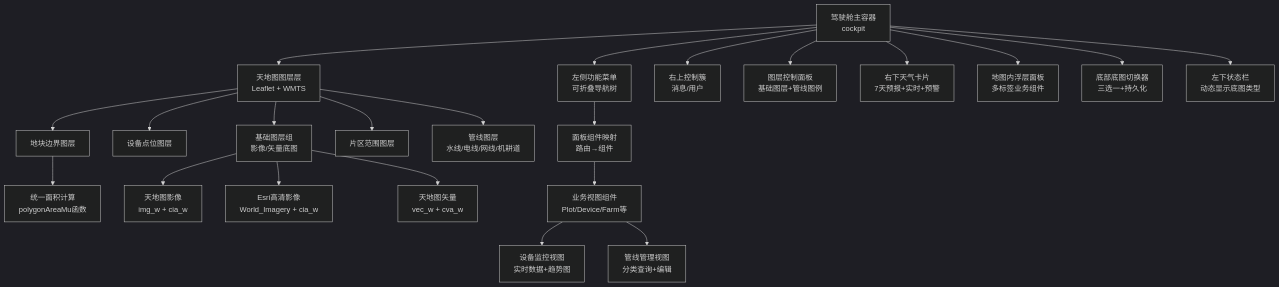
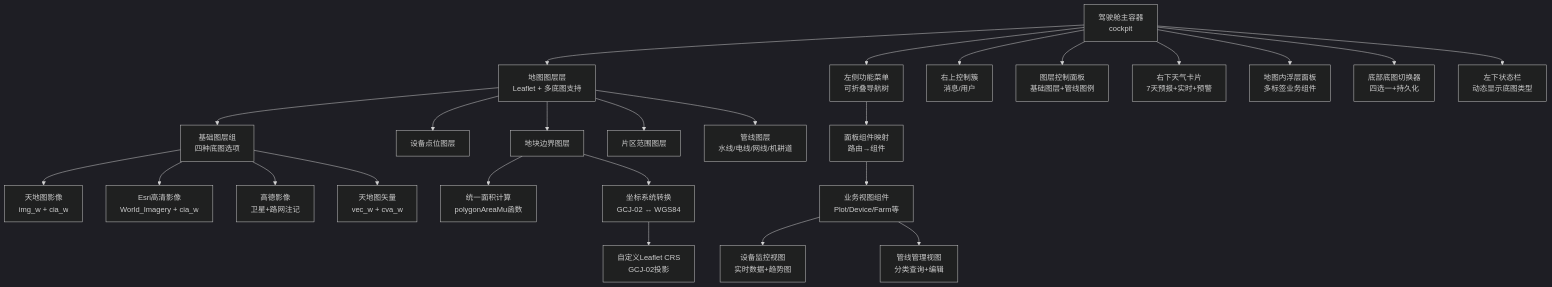
Before and after one commit to q446328246/agri-platform: the first of 3 diagrams in .qoder/repowiki/zh/content/前端应用文档/核心页面/仪表盘页面.md, drawn with Mermaid (dark theme). The commit also changed other lines of this file and 4 other files, not shown here.

````diff
--- a/.qoder/repowiki/zh/content/前端应用文档/核心页面/仪表盘页面.md
+++ b/.qoder/repowiki/zh/content/前端应用文档/核心页面/仪表盘页面.md
@@ -64,24 +62,27 @@
 ```mermaid
 graph TB
-Cockpit["驾驶舱主容器<br/>cockpit"] --> MapLayer["天地图图层层<br/>Leaflet + WMTS"]
+Cockpit["驾驶舱主容器<br/>cockpit"] --> MapLayer["地图图层层<br/>Leaflet + 多底图支持"]
 Cockpit --> FuncMenu["左侧功能菜单<br/>可折叠导航树"]
 Cockpit --> ControlCluster["右上控制簇<br/>消息/用户"]
 Cockpit --> LayerPanel["图层控制面板<br/>基础图层+管线图例"]
 Cockpit --> WeatherCard["右下天气卡片<br/>7天预报+实时+预警"]
 Cockpit --> MapPanel["地图内浮层面板<br/>多标签业务组件"]
-Cockpit --> BaseMapSwitch["底部底图切换器<br/>三选一+持久化"]
+Cockpit --> BaseMapSwitch["底部底图切换器<br/>四选一+持久化"]
 Cockpit --> StatusBar["左下状态栏<br/>动态显示底图类型"]
-MapLayer --> BaseLayers["基础图层组<br/>影像/矢量底图"]
+MapLayer --> BaseLayers["基础图层组<br/>四种底图选项"]
 MapLayer --> DeviceLayer["设备点位图层"]
 MapLayer --> FieldLayer["地块边界图层"]
 MapLayer --> ZoneLayer["片区范围图层"]
 MapLayer --> LineLayers["管线图层<br/>水线/电线/网线/机耕道"]
-FieldLayer --> AreaCalc["统一面积计算<br/>polygonAreaMu函数"]
 BaseLayers --> TDTImg["天地图影像<br/>img_w + cia_w"]
 BaseLayers --> EsriImg["Esri高清影像<br/>World_Imagery + cia_w"]
+BaseLayers --> AmapImg["高德影像<br/>卫星+路网注记"]
 BaseLayers --> TDTVec["天地图矢量<br/>vec_w + cva_w"]
+FieldLayer --> AreaCalc["统一面积计算<br/>polygonAreaMu函数"]
+FieldLayer --> CoordConvert["坐标系统转换<br/>GCJ-02 ↔ WGS84"]
+CoordConvert --> CustomCRS["自定义Leaflet CRS<br/>GCJ-02投影"]
 FuncMenu --> PanelComps["面板组件映射<br/>路由→组件"]
 PanelComps --> BusinessViews["业务视图组件<br/>Plot/Device/Farm等"]
 BusinessViews --> MonitorView["设备监控视图<br/>实时数据+趋势图"]
 BusinessViews --> InfraLineView["管线管理视图<br/>分类查询+编辑"]
 ```
````
